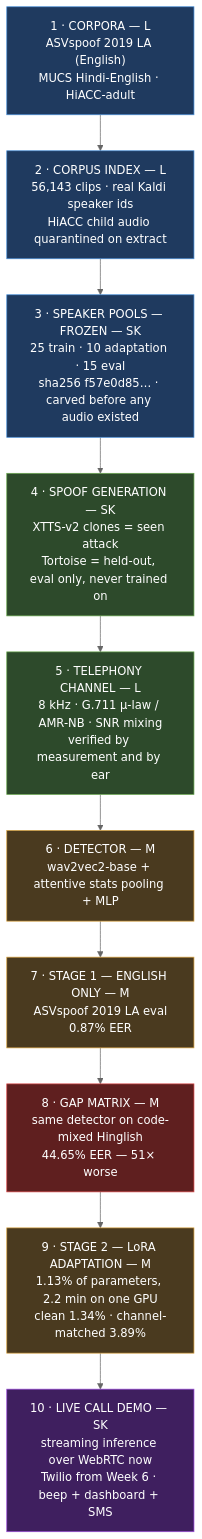
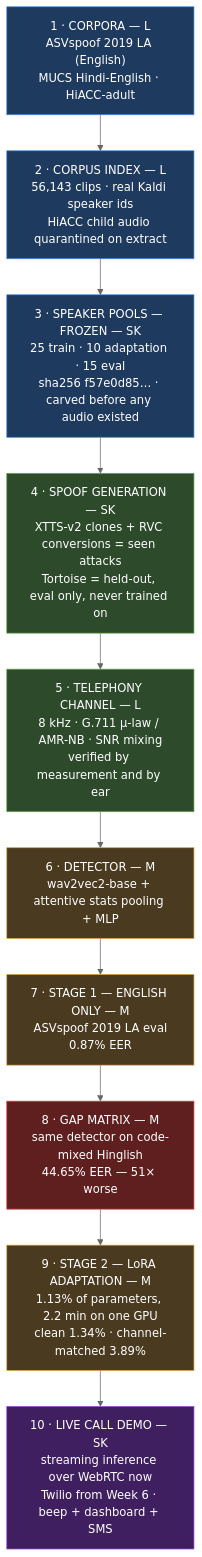
The diagram in README.md (Mounika-Reddy-0802/codemix-deepfake-detection), drawn with Mermaid (neutral theme) before and after one commit. The commit also changed other lines of this file, not shown here.

Commit message:
fix the stale test badge, add rvc to the architecture node

````diff
--- a/README.md
+++ b/README.md
@@ -36,24 +36,24 @@
 ```mermaid
 flowchart TD
     A["1 · CORPORA — L<br/>ASVspoof 2019 LA (English)<br/>MUCS Hindi-English · HiACC-adult"]
     A --> B["2 · CORPUS INDEX — L<br/>56,143 clips · real Kaldi speaker ids<br/>HiACC child audio quarantined on extract"]
     B --> C["3 · SPEAKER POOLS — FROZEN — SK<br/>25 train · 10 adaptation · 15 eval<br/>sha256 f57e0d85… · carved before any audio existed"]
-    C --> D["4 · SPOOF GENERATION — SK<br/>XTTS-v2 clones = seen attack<br/>Tortoise = held-out, eval only, never trained on"]
+    C --> D["4 · SPOOF GENERATION — SK<br/>XTTS-v2 clones + RVC conversions = seen attacks<br/>Tortoise = held-out, eval only, never trained on"]
     D --> E["5 · TELEPHONY CHANNEL — L<br/>8 kHz · G.711 μ-law / AMR-NB · SNR mixing<br/>verified by measurement and by ear"]
     E --> F["6 · DETECTOR — M<br/>wav2vec2-base + attentive stats pooling + MLP"]
     F --> G["7 · STAGE 1 — ENGLISH ONLY — M<br/>ASVspoof 2019 LA eval<br/>0.87% EER"]
     G --> H["8 · GAP MATRIX — M<br/>same detector on code-mixed Hinglish<br/>44.65% EER — 51× worse"]
     H --> I["9 · STAGE 2 — LoRA ADAPTATION — M<br/>1.13% of parameters, 2.2 min on one GPU<br/>clean 1.34% · channel-matched 3.89%"]
     I --> J["10 · LIVE CALL DEMO — SK<br/>streaming inference over WebRTC now<br/>Twilio from Week 6 · beep + dashboard + SMS"]
 
     style A fill:#1f3a5f,stroke:#4a90d9,color:#fff
     style B fill:#1f3a5f,stroke:#4a90d9,color:#fff
     style C fill:#1f3a5f,stroke:#4a90d9,color:#fff
     style D fill:#2d4a2b,stroke:#6aa84f,color:#fff
     style E fill:#2d4a2b,stroke:#6aa84f,color:#fff
     style F fill:#4a3a1f,stroke:#d9a441,color:#fff
     style G fill:#4a3a1f,stroke:#d9a441,color:#fff
     style H fill:#5f1f1f,stroke:#d94a4a,color:#fff
     style I fill:#4a3a1f,stroke:#d9a441,color:#fff
     style J fill:#3f1f5f,stroke:#9a4ad9,color:#fff
 ```
````
